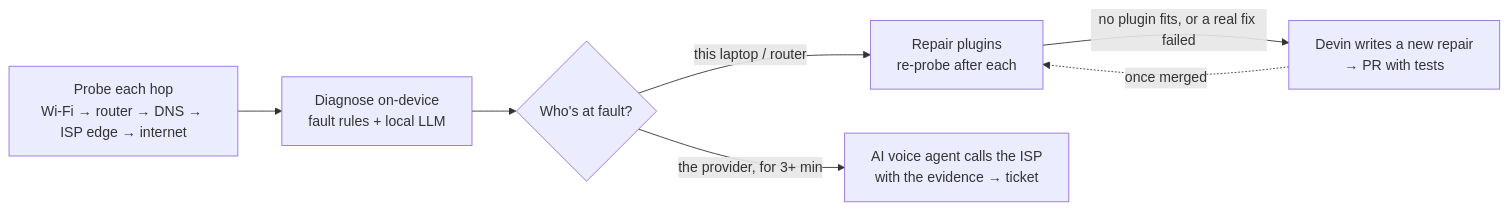
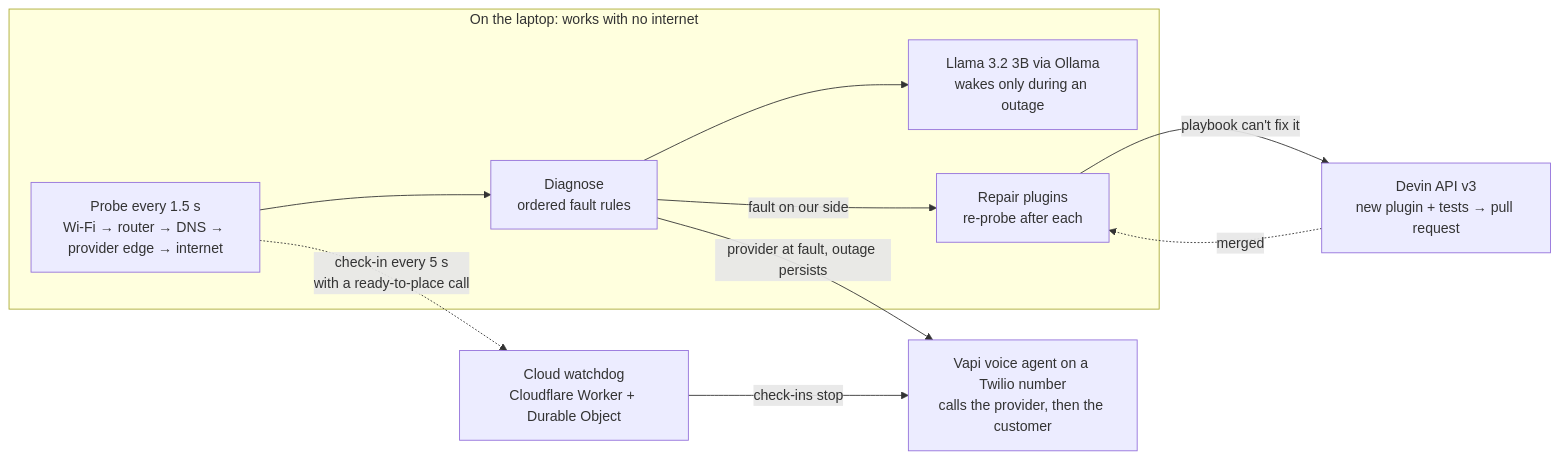
Before and after one commit to workoholyguy/sentinel: the diagram in README.md, drawn with Mermaid. The commit also changed other lines of this file and 6 other files, not shown here.

````diff
--- a/README.md
+++ b/README.md
@@ -17,9 +88,17 @@
 ```mermaid
 flowchart LR
-  A[Probe each hop<br/>Wi-Fi → router → DNS → ISP edge → internet] --> B[Diagnose on-device<br/>fault rules + local LLM]
-  B --> C{Who's at fault?}
-  C -- this laptop / router --> D[Repair plugins<br/>re-probe after each]
-  C -- the provider, for 3+ min --> E[AI voice agent calls the ISP<br/>with the evidence → ticket]
-  D -- no plugin fits, or a real fix failed --> F[Devin writes a new repair<br/>→ PR with tests]
-  F -. once merged .-> D
+  subgraph laptop["On the laptop: works with no internet"]
+    probe["Probe every 1.5 s<br/>Wi-Fi → router → DNS → provider edge → internet"]
+    diag["Diagnose<br/>ordered fault rules"]
+    llm["Llama 3.2 3B via Ollama<br/>wakes only during an outage"]
+    fix["Repair plugins<br/>re-probe after each"]
+    probe --> diag
+    diag --> llm
+    diag -->|"fault on our side"| fix
+  end
+  diag -->|"provider at fault, outage persists"| vapi["Vapi voice agent on a Twilio number<br/>calls the provider, then the customer"]
+  probe -.->|"check-in every 5 s<br/>with a ready-to-place call"| wd["Cloud watchdog<br/>Cloudflare Worker + Durable Object"]
+  wd -->|"check-ins stop"| vapi
+  fix -->|"playbook can't fix it"| devin["Devin API v3<br/>new plugin + tests → pull request"]
+  devin -.->|"merged"| fix
 ```
````
